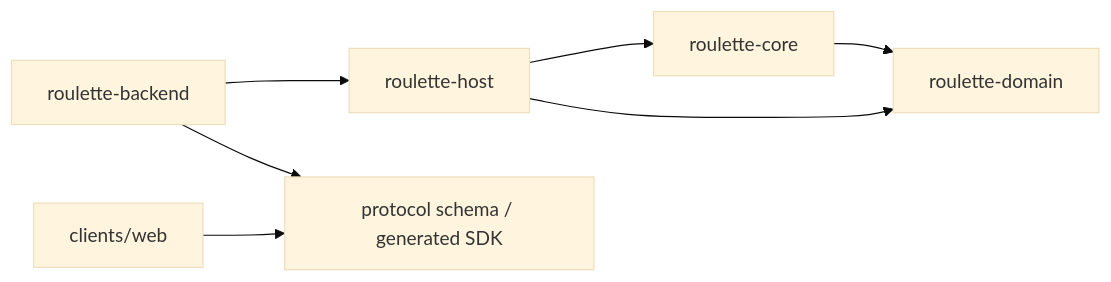
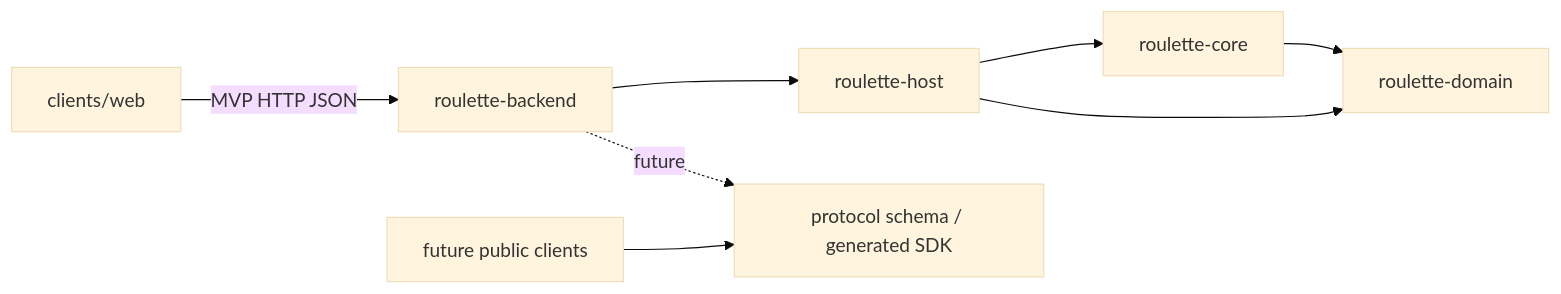
One commit to AKIMOTOkaya/russia_roulette changed the diagram in docs/project/modules.md. Above: the diagram before and after it, drawn with Mermaid (base theme). The commit also changed other lines of this file and 25 other files, not shown here.

Commit message:
feat: build local web MVP

````diff
--- a/docs/project/modules.md
+++ b/docs/project/modules.md
@@ -14,10 +14,12 @@
 ```mermaid
 flowchart LR
     Backend[roulette-backend] --> Host[roulette-host]
     Host --> Core[roulette-core]
     Host --> Domain[roulette-domain]
     Core --> Domain
 
-    Web[clients/web] --> Protocol[protocol schema / generated SDK]
-    Backend --> Protocol
+    Web[clients/web] -->|MVP HTTP JSON| Backend
+
+    FutureWeb[future public clients] --> Protocol[protocol schema / generated SDK]
+    Backend -. future .-> Protocol
 ```
````
